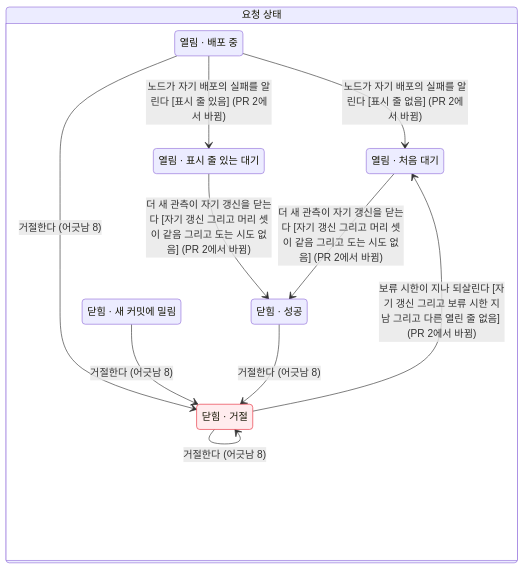
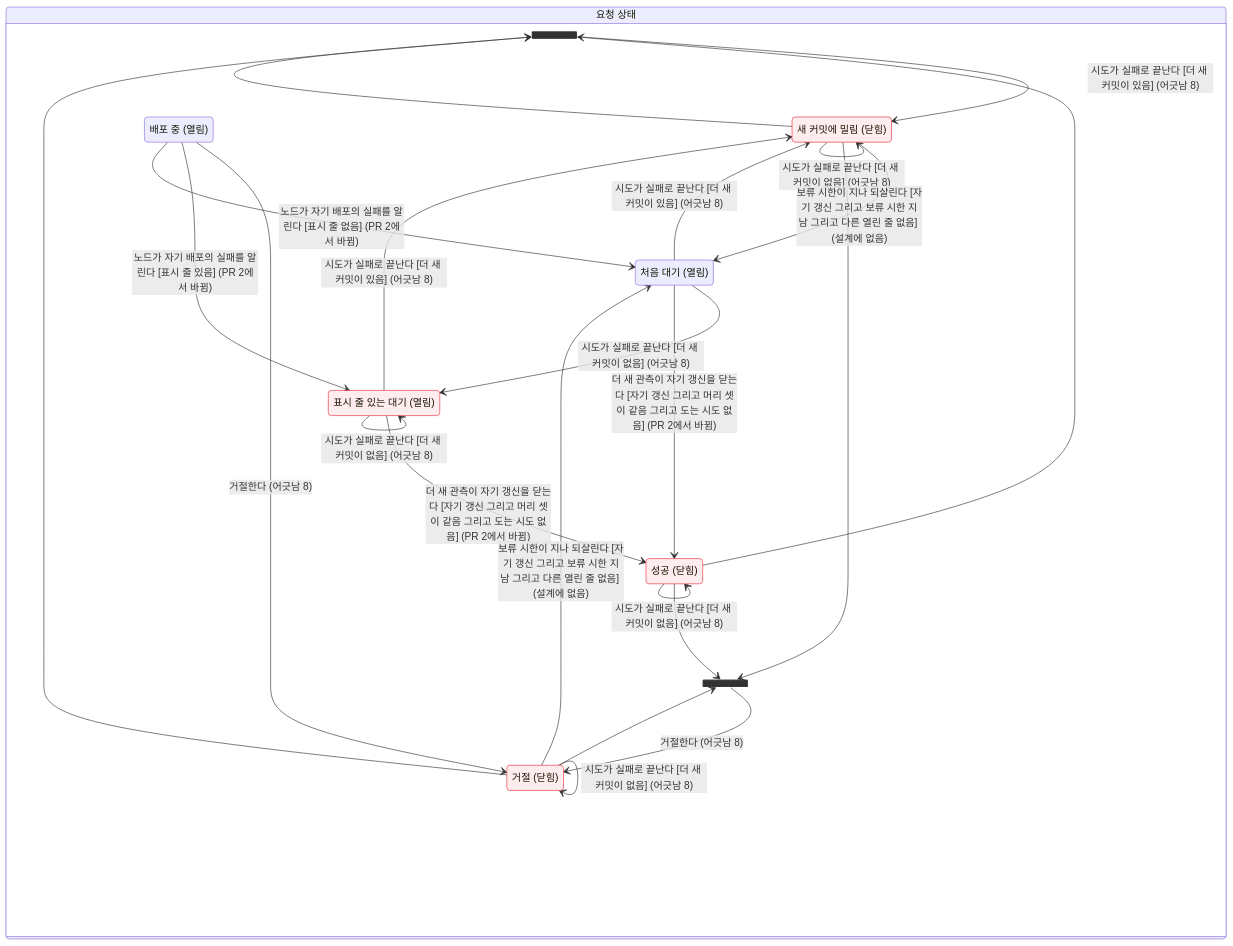
Before and after one commit to eiaserinnys/Haniel: the diagram in docs/deploy-state/generated/request-divergence.mmd, drawn with Mermaid. The commit also changed 24 other files, not shown here.

```diff
--- a/docs/deploy-state/generated/request-divergence.mmd
+++ b/docs/deploy-state/generated/request-divergence.mmd
@@ -1,22 +1,40 @@
 stateDiagram-v2
     direction TB
     classDef breaks fill:#ffecee,stroke:#e72e3b
-    classDef mayBreak fill:#fff3e6,stroke:#e8730c
+    classDef notInDesign fill:#fff3e6,stroke:#e8730c
     state "요청 상태" as status {
-        pending: 열림 · 처음 대기
-        retry: 열림 · 표시 줄 있는 대기
-        success: 닫힘 · 성공
-        deploying: 열림 · 배포 중
-        rejected: 닫힘 · 거절
-        superseded: 닫힘 · 새 커밋에 밀림
+        state join1 <<join>>
+        state join2 <<join>>
+        pending: 처음 대기 (열림)
+        retry: 표시 줄 있는 대기 (열림)
+        success: 성공 (닫힘)
+        deploying: 배포 중 (열림)
+        rejected: 거절 (닫힘)
+        superseded: 새 커밋에 밀림 (닫힘)
+        pending --> superseded: 시도가 실패로 끝난다 [더 새 커밋이 있음] (어긋남 8)
+        pending --> retry: 시도가 실패로 끝난다 [더 새 커밋이 없음] (어긋남 8)
         pending --> success: 더 새 관측이 자기 갱신을 닫는다 [자기 갱신 그리고 머리 셋이 같음 그리고 도는 시도 없음] (PR 2에서 바뀜)
+        retry --> superseded: 시도가 실패로 끝난다 [더 새 커밋이 있음] (어긋남 8)
+        retry --> retry: 시도가 실패로 끝난다 [더 새 커밋이 없음] (어긋남 8)
         retry --> success: 더 새 관측이 자기 갱신을 닫는다 [자기 갱신 그리고 머리 셋이 같음 그리고 도는 시도 없음] (PR 2에서 바뀜)
-        success --> rejected: 거절한다 (어긋남 8)
+        success --> success: 시도가 실패로 끝난다 [더 새 커밋이 없음] (어긋남 8)
         deploying --> rejected: 거절한다 (어긋남 8)
         deploying --> retry: 노드가 자기 배포의 실패를 알린다 [표시 줄 있음] (PR 2에서 바뀜)
         deploying --> pending: 노드가 자기 배포의 실패를 알린다 [표시 줄 없음] (PR 2에서 바뀜)
-        rejected --> rejected: 거절한다 (어긋남 8)
-        rejected --> pending: 보류 시한이 지나 되살린다 [자기 갱신 그리고 보류 시한 지남 그리고 다른 열린 줄 없음] (PR 2에서 바뀜)
-        superseded --> rejected: 거절한다 (어긋남 8)
+        rejected --> rejected: 시도가 실패로 끝난다 [더 새 커밋이 없음] (어긋남 8)
+        rejected --> pending: 보류 시한이 지나 되살린다 [자기 갱신 그리고 보류 시한 지남 그리고 다른 열린 줄 없음] (설계에 없음)
+        superseded --> superseded: 시도가 실패로 끝난다 [더 새 커밋이 없음] (어긋남 8)
+        superseded --> pending: 보류 시한이 지나 되살린다 [자기 갱신 그리고 보류 시한 지남 그리고 다른 열린 줄 없음] (설계에 없음)
+        success --> join1
+        rejected --> join1
+        superseded --> join1
+        join1 --> superseded: 시도가 실패로 끝난다 [더 새 커밋이 있음] (어긋남 8)
+        success --> join2
+        rejected --> join2
+        superseded --> join2
+        join2 --> rejected: 거절한다 (어긋남 8)
     }
     class rejected breaks
+    class retry breaks
+    class success breaks
+    class superseded breaks
```
